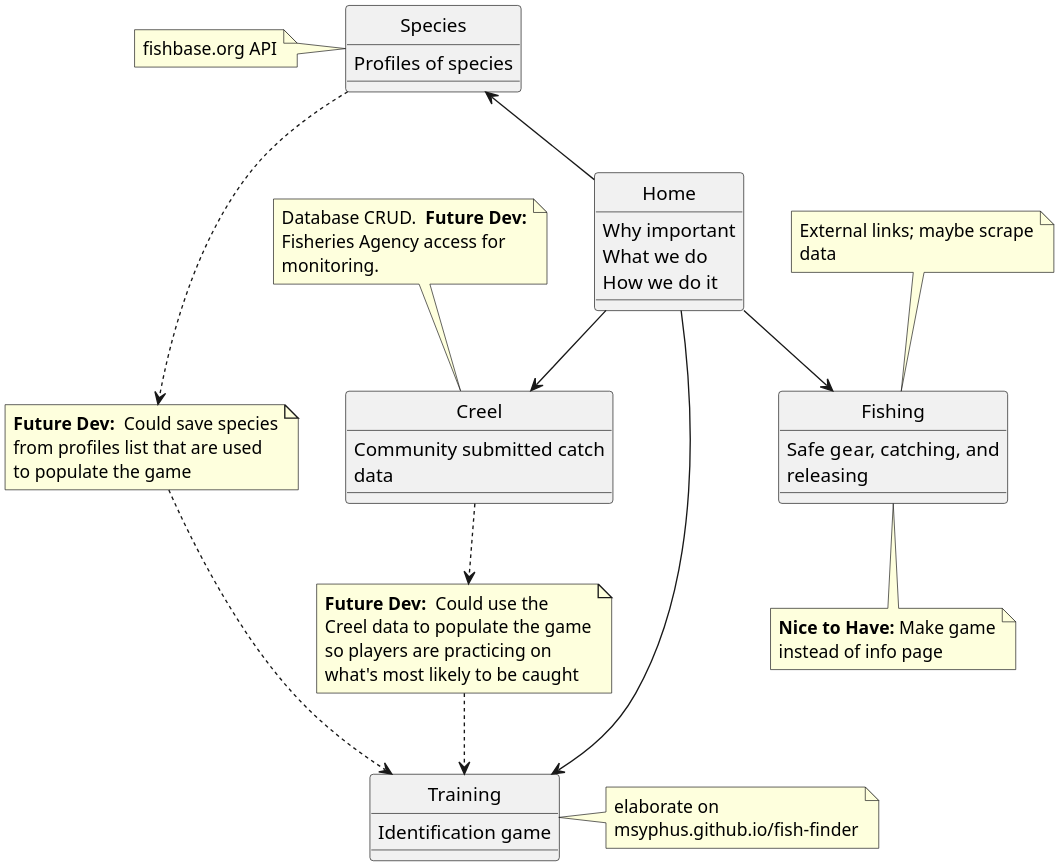
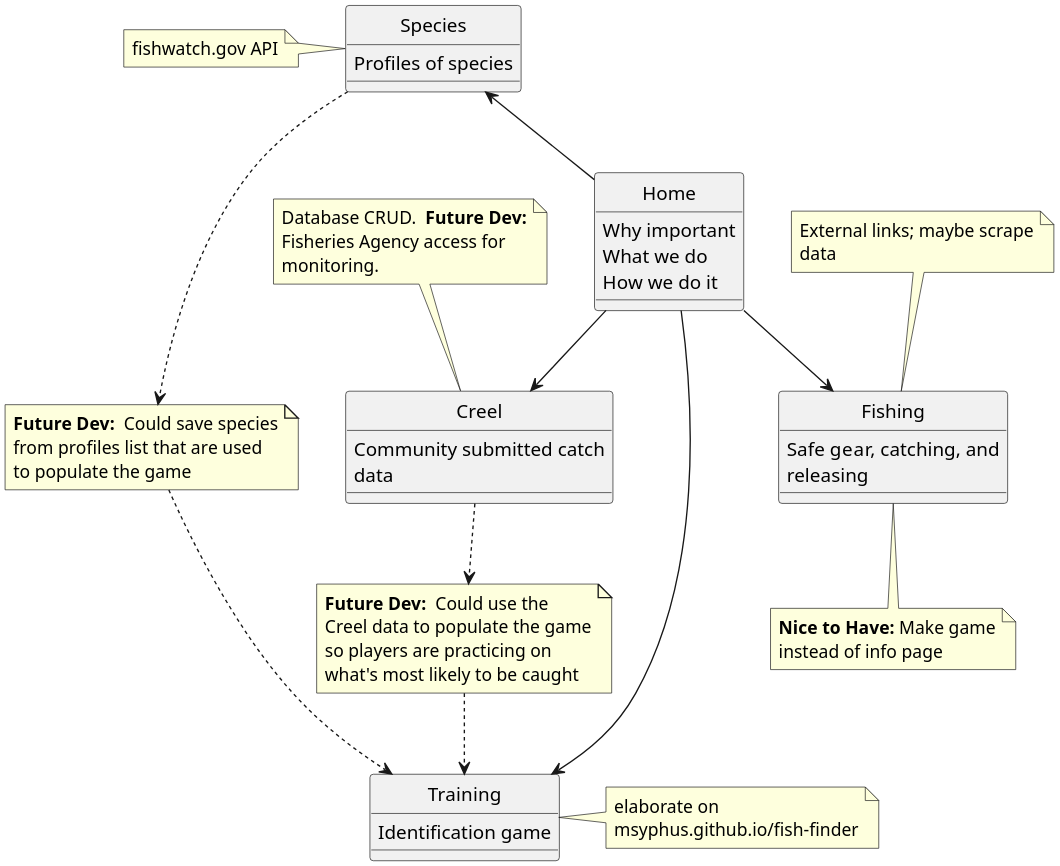
Before and after one commit to cftgithub/rockfish-conservation: the diagram in client/processFlow.puml, drawn with PlantUML. The commit also changed 3 other files, not shown here.

```diff
--- a/client/processFlow.puml
+++ b/client/processFlow.puml
@@ -1,55 +1,55 @@
 @startuml "processFlow"
 
 scale 2048 width
 skinparam wrapwidth 200
 skinparam maxMessageSize 500
 skinparam backgroundColor #FFFFFF
 
 class Home {
     Why important
     What we do
     How we do it
 }
 
 class Species {
     Profiles of species
 }
 
 
 class Training {
     Identification game
 }
 
 
 class Creel {
     Community submitted catch data
 }
 
 
 class Fishing {
     Safe gear, catching, and releasing
 }
 
 hide circle
 
 
 Home-->Creel
 Species<--Home
 Training<--Home
 Home-->Fishing
 
-note left of Species: fishbase.org API
+note left of Species: fishwatch.gov API
 note right of Training: elaborate on msyphus.github.io/fish-finder
 note top of Creel: Database CRUD.  <b>Future Dev:</b>  Fisheries Agency access for monitoring.
 note bottom of Fishing: <b>Nice to Have:</b> Make game instead of info page
 note "External links; maybe scrape data" as data
 note "<b>Future Dev:</b>  Could save species from profiles list that are used to populate the game" as idea1
 note "<b>Future Dev:</b>  Could use the Creel data to populate the game so players are practicing on what's most likely to be caught" as idea2
 data .. Fishing
 Species ..> idea1
 idea1 ..> Training
 Creel ..> idea2
 idea2 ..> Training
 
 
 @enduml
```
